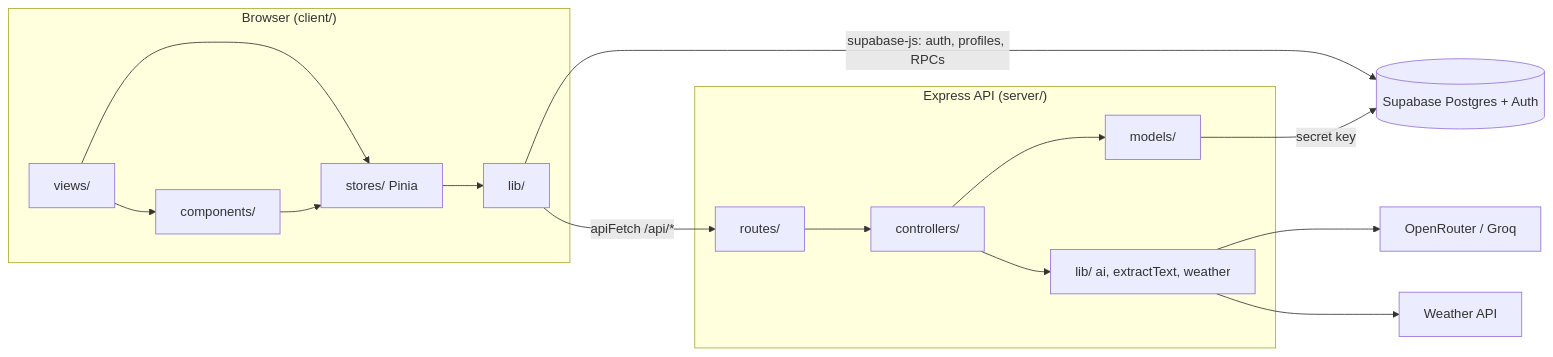
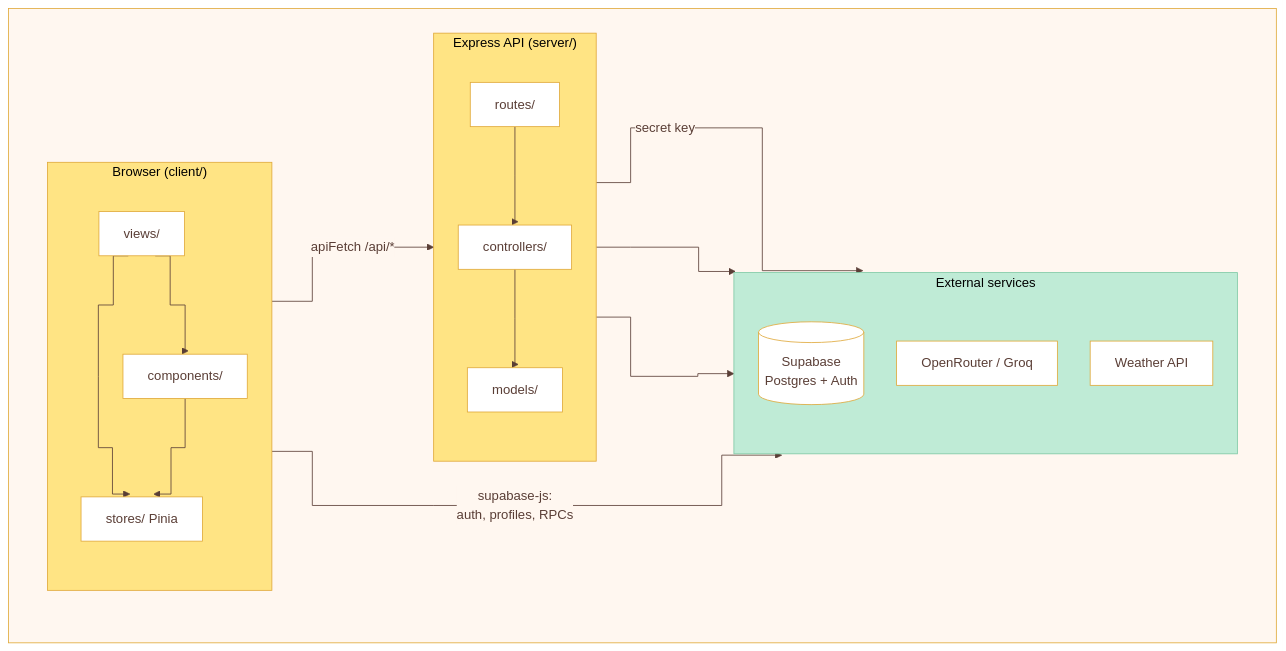
Before and after one commit to RyanWang088/Memory-Garden: the first of 2 diagrams in Consistent.md, drawn with Mermaid. The commit also changed other lines of this file and 3 other files, not shown here.

````diff
--- a/Consistent.md
+++ b/Consistent.md
@@ -119,18 +119,30 @@
 ```mermaid
+%%{init: {'theme': 'base', 'flowchart': {'curve': 'step', 'nodeSpacing': 40, 'rankSpacing': 70, 'padding': 15}, 'themeVariables': {'primaryColor': '#FFFFFF', 'primaryTextColor': '#5A3E36', 'primaryBorderColor': '#E0A93A', 'lineColor': '#5A3E36', 'clusterBkg': '#FFE484', 'clusterBorder': '#E0A93A', 'edgeLabelBackground': '#FFF7F0'}}}%%
 flowchart LR
+    subgraph Arch[" "]
+    direction LR
     subgraph Browser["Browser (client/)"]
+        direction TB
         V[views/] --> C[components/]
         V --> S[stores/ Pinia]
         C --> S
-        S --> L[lib/]
     end
     subgraph Server["Express API (server/)"]
+        direction TB
         R[routes/] --> CT[controllers/] --> M[models/]
-        CT --> SL[lib/ ai, extractText, weather]
     end
-    L -- "apiFetch /api/*" --> R
-    L -- "supabase-js: auth, profiles, RPCs" --> DB[(Supabase Postgres + Auth)]
+    subgraph External["External services"]
+        direction TB
+        DB[(Supabase<br/>Postgres + Auth)]
+        AI[OpenRouter / Groq]
+        W[Weather API]
+    end
+    S -- "apiFetch /api/*" --> R
+    S -- "supabase-js:<br/>auth, profiles, RPCs" --> DB
     M -- "secret key" --> DB
-    SL --> AI[OpenRouter / Groq]
-    SL --> W[Weather API]
+    CT --> AI
+    CT --> W
+    end
+    style Arch fill:#FFF7F0,stroke:#E0A93A
+    style External fill:#BFEBD6,stroke:#7FC9A6
 ```
````
